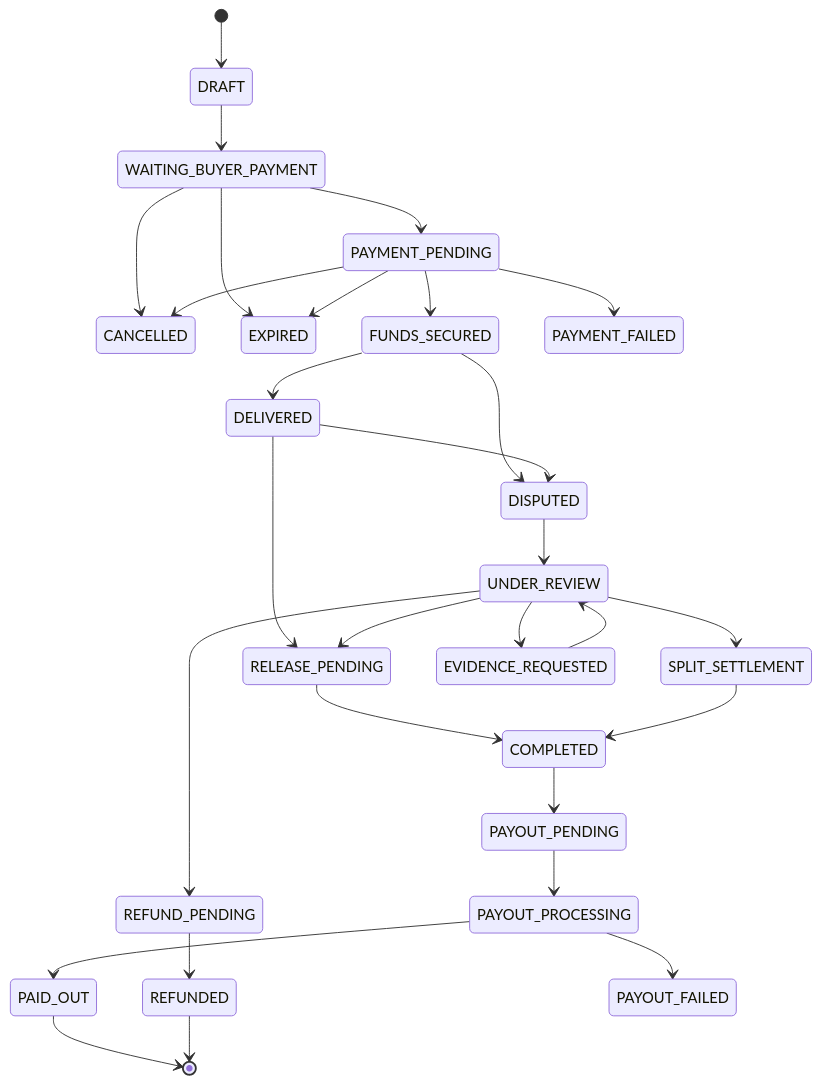
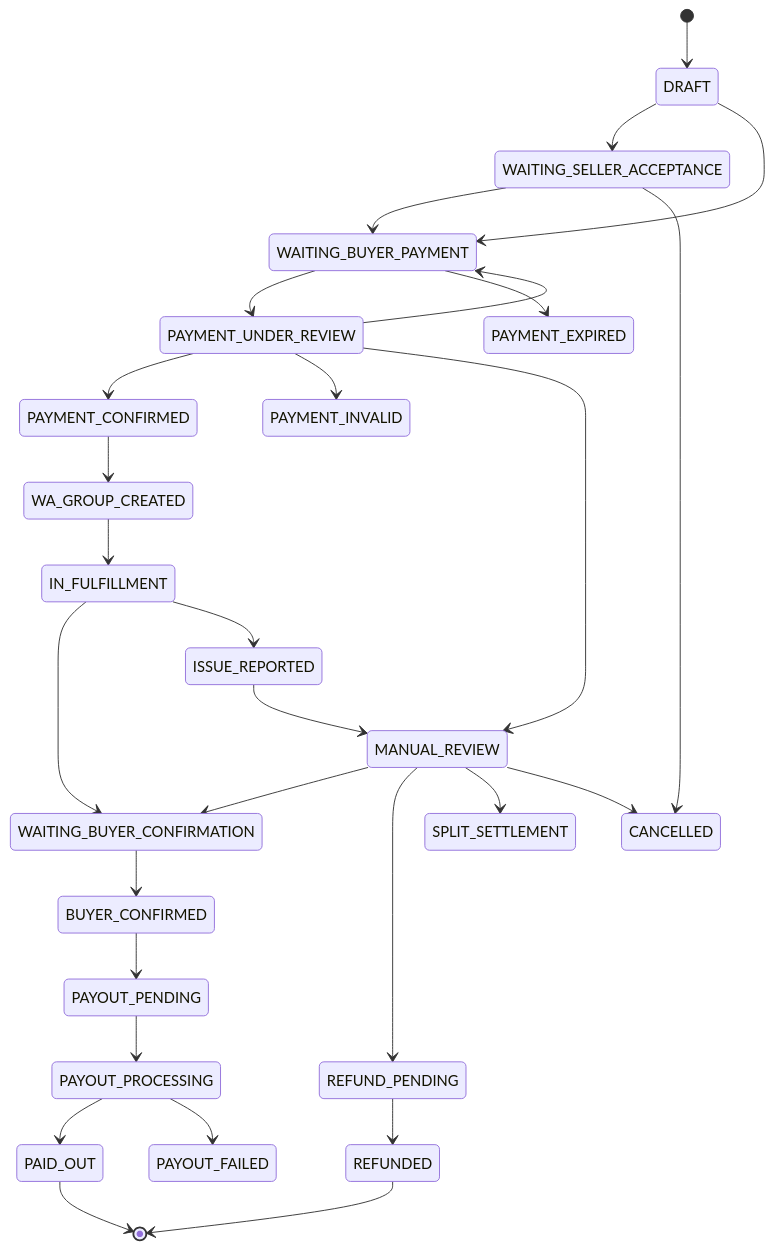
Before and after one commit to nunutech40/bayaraman: the ninth of 9 diagrams in TRD.md, drawn with Mermaid. The commit also changed other lines of this file and 7 other files, not shown here.

Commit message:
Update manual rekber flow prototype

````diff
--- a/TRD.md
+++ b/TRD.md
@@ -207,31 +243,31 @@
 ```mermaid
 stateDiagram-v2
   [*] --> DRAFT
+  DRAFT --> WAITING_SELLER_ACCEPTANCE
   DRAFT --> WAITING_BUYER_PAYMENT
-  WAITING_BUYER_PAYMENT --> PAYMENT_PENDING
-  WAITING_BUYER_PAYMENT --> CANCELLED
-  WAITING_BUYER_PAYMENT --> EXPIRED
-  PAYMENT_PENDING --> FUNDS_SECURED
-  PAYMENT_PENDING --> PAYMENT_FAILED
-  PAYMENT_PENDING --> EXPIRED
-  PAYMENT_PENDING --> CANCELLED
-  FUNDS_SECURED --> DELIVERED
-  FUNDS_SECURED --> DISPUTED
-  DELIVERED --> RELEASE_PENDING
-  DELIVERED --> DISPUTED
-  RELEASE_PENDING --> COMPLETED
-  DISPUTED --> UNDER_REVIEW
-  UNDER_REVIEW --> REFUND_PENDING
-  UNDER_REVIEW --> RELEASE_PENDING
-  UNDER_REVIEW --> SPLIT_SETTLEMENT
-  UNDER_REVIEW --> EVIDENCE_REQUESTED
-  EVIDENCE_REQUESTED --> UNDER_REVIEW
-  REFUND_PENDING --> REFUNDED
-  SPLIT_SETTLEMENT --> COMPLETED
-  COMPLETED --> PAYOUT_PENDING
+  WAITING_SELLER_ACCEPTANCE --> WAITING_BUYER_PAYMENT
+  WAITING_SELLER_ACCEPTANCE --> CANCELLED
+  WAITING_BUYER_PAYMENT --> PAYMENT_UNDER_REVIEW
+  WAITING_BUYER_PAYMENT --> PAYMENT_EXPIRED
+  PAYMENT_UNDER_REVIEW --> PAYMENT_CONFIRMED
+  PAYMENT_UNDER_REVIEW --> WAITING_BUYER_PAYMENT
+  PAYMENT_UNDER_REVIEW --> PAYMENT_INVALID
+  PAYMENT_UNDER_REVIEW --> MANUAL_REVIEW
+  PAYMENT_CONFIRMED --> WA_GROUP_CREATED
+  WA_GROUP_CREATED --> IN_FULFILLMENT
+  IN_FULFILLMENT --> WAITING_BUYER_CONFIRMATION
+  IN_FULFILLMENT --> ISSUE_REPORTED
+  ISSUE_REPORTED --> MANUAL_REVIEW
+  MANUAL_REVIEW --> WAITING_BUYER_CONFIRMATION
+  MANUAL_REVIEW --> REFUND_PENDING
+  MANUAL_REVIEW --> SPLIT_SETTLEMENT
+  MANUAL_REVIEW --> CANCELLED
+  WAITING_BUYER_CONFIRMATION --> BUYER_CONFIRMED
+  BUYER_CONFIRMED --> PAYOUT_PENDING
   PAYOUT_PENDING --> PAYOUT_PROCESSING
   PAYOUT_PROCESSING --> PAID_OUT
   PAYOUT_PROCESSING --> PAYOUT_FAILED
+  REFUND_PENDING --> REFUNDED
   PAID_OUT --> [*]
   REFUNDED --> [*]
 ```
````
